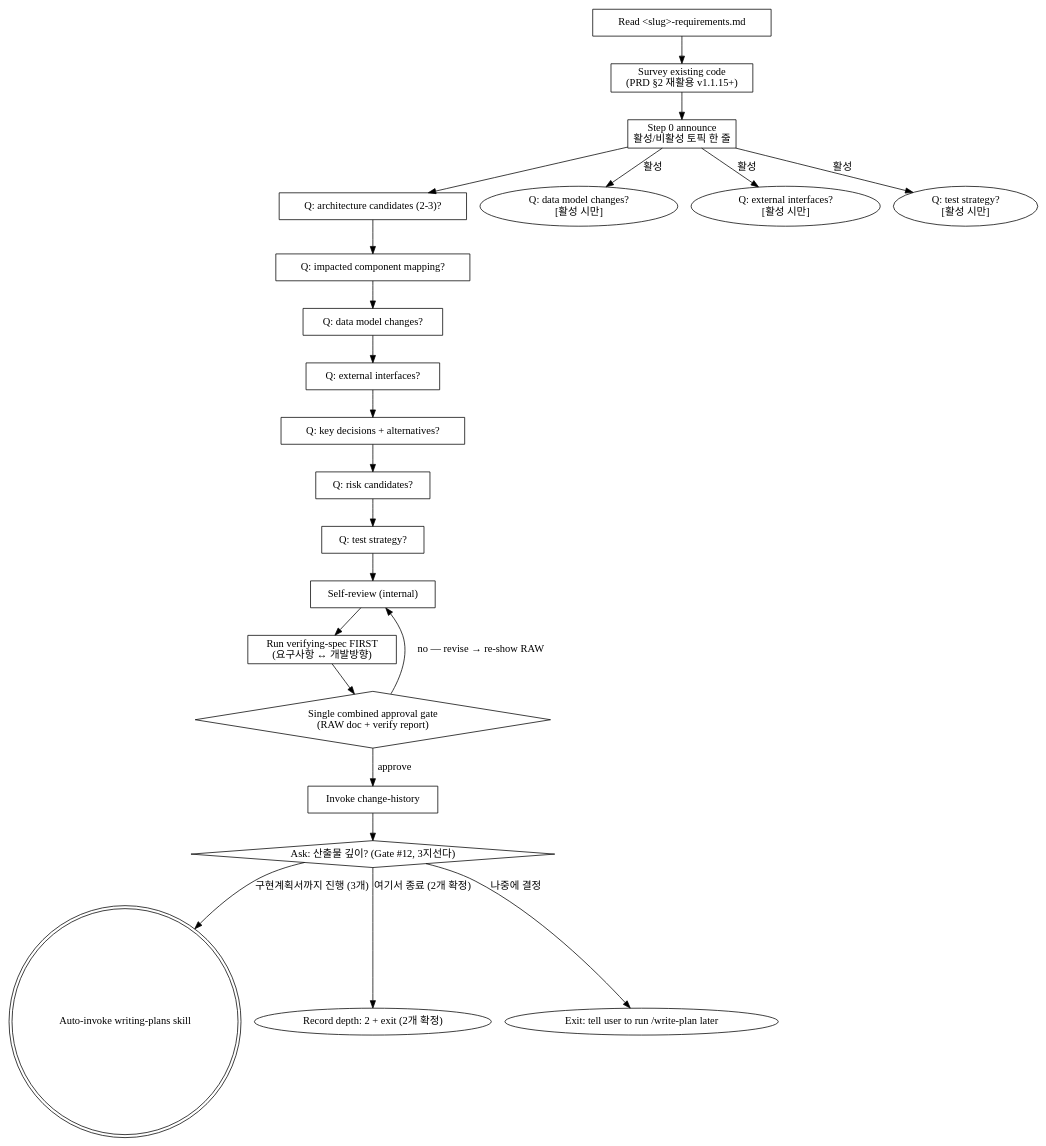
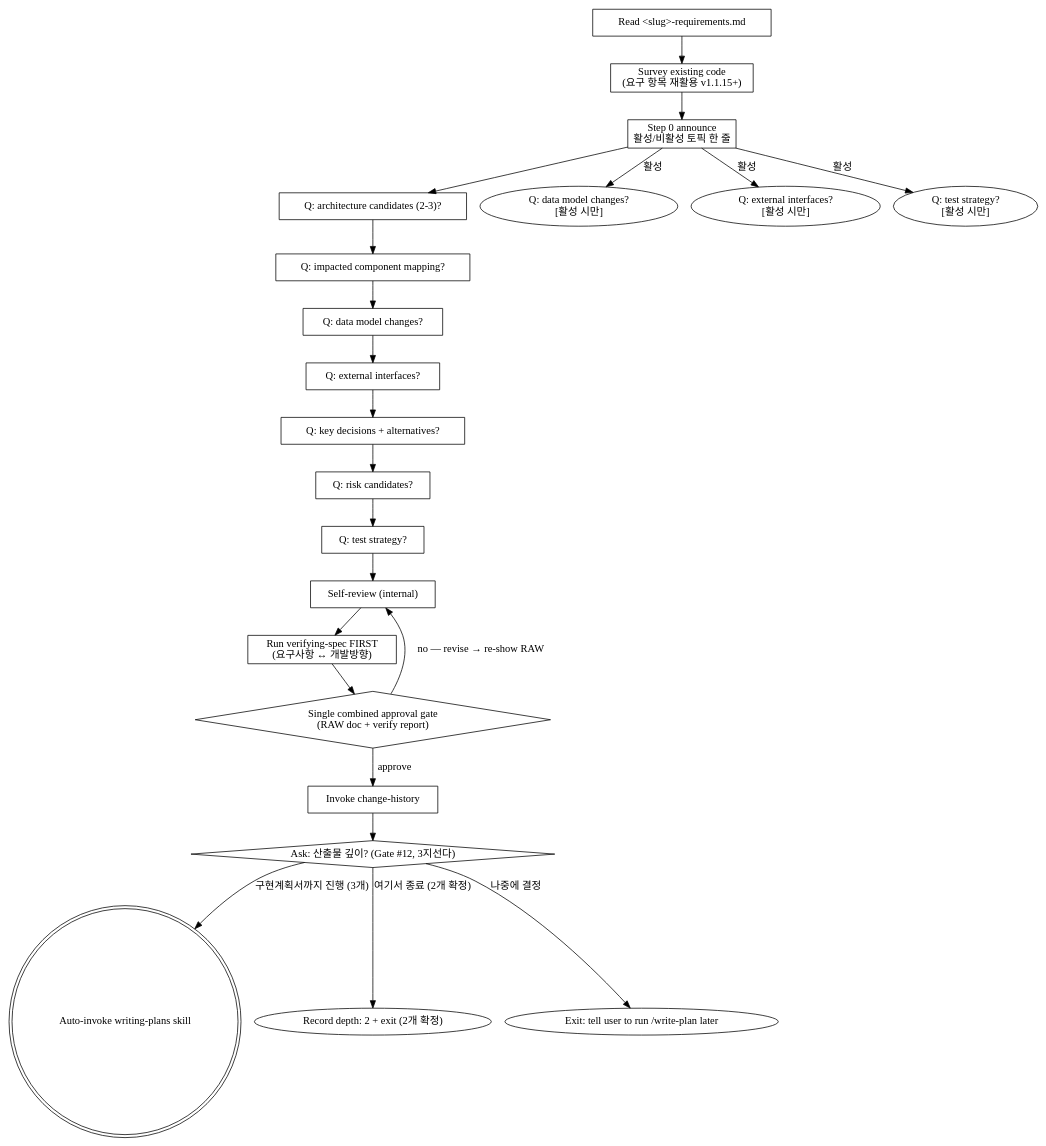
One commit to LonerStayle/js-super changed the diagram in skills/tech-design/SKILL.md. Above: the diagram before and after it, drawn with Graphviz. The commit also changed other lines of this file, not shown here.

````diff
--- a/skills/tech-design/SKILL.md
+++ b/skills/tech-design/SKILL.md
@@ -105,44 +105,44 @@
 ```dot
 digraph design_flow {
     "Read <slug>-requirements.md" [shape=box];
-    "Survey existing code\n(PRD §2 재활용 v1.1.15+)" [shape=box];
+    "Survey existing code\n(요구 항목 재활용 v1.1.15+)" [shape=box];
     "Step 0 announce\n활성/비활성 토픽 한 줄" [shape=box];
     "Q: architecture candidates (2-3)?" [shape=box];
     "Q: impacted component mapping?" [shape=box];
     "Q: data model changes?" [shape=box];
     "Q: external interfaces?" [shape=box];
     "Q: key decisions + alternatives?" [shape=box];
     "Q: risk candidates?" [shape=box];
     "Q: test strategy?" [shape=box];
     "Self-review (internal)" [shape=box];
     "Run verifying-spec FIRST\n(요구사항 ↔ 개발방향)" [shape=box];
     "Single combined approval gate\n(RAW doc + verify report)" [shape=diamond];
     "Invoke change-history" [shape=box];
     "Ask: 산출물 깊이? (Gate #12, 3지선다)" [shape=diamond];
     "Auto-invoke writing-plans skill" [shape=doublecircle];
     "Record depth: 2 + exit (2개 확정)" [shape=oval];
     "Exit: tell user to run /write-plan later" [shape=oval];
 
-    "Read <slug>-requirements.md" -> "Survey existing code\n(PRD §2 재활용 v1.1.15+)";
-    "Survey existing code\n(PRD §2 재활용 v1.1.15+)" -> "Step 0 announce\n활성/비활성 토픽 한 줄";
+    "Read <slug>-requirements.md" -> "Survey existing code\n(요구 항목 재활용 v1.1.15+)";
+    "Survey existing code\n(요구 항목 재활용 v1.1.15+)" -> "Step 0 announce\n활성/비활성 토픽 한 줄";
     "Step 0 announce\n활성/비활성 토픽 한 줄" -> "Q: architecture candidates (2-3)?";
     "Step 0 announce\n활성/비활성 토픽 한 줄" -> "Q: data model changes?\n[활성 시만]" [label="활성"];
     "Step 0 announce\n활성/비활성 토픽 한 줄" -> "Q: external interfaces?\n[활성 시만]" [label="활성"];
     "Step 0 announce\n활성/비활성 토픽 한 줄" -> "Q: test strategy?\n[활성 시만]" [label="활성"];
     "Q: architecture candidates (2-3)?" -> "Q: impacted component mapping?";
     "Q: impacted component mapping?" -> "Q: data model changes?";
     "Q: data model changes?" -> "Q: external interfaces?";
     "Q: external interfaces?" -> "Q: key decisions + alternatives?";
     "Q: key decisions + alternatives?" -> "Q: risk candidates?";
     "Q: risk candidates?" -> "Q: test strategy?";
     "Q: test strategy?" -> "Self-review (internal)";
     "Self-review (internal)" -> "Run verifying-spec FIRST\n(요구사항 ↔ 개발방향)";
     "Run verifying-spec FIRST\n(요구사항 ↔ 개발방향)" -> "Single combined approval gate\n(RAW doc + verify report)";
     "Single combined approval gate\n(RAW doc + verify report)" -> "Self-review (internal)" [label="no — revise → re-show RAW"];
     "Single combined approval gate\n(RAW doc + verify report)" -> "Invoke change-history" [label="approve"];
     "Invoke change-history" -> "Ask: 산출물 깊이? (Gate #12, 3지선다)";
     "Ask: 산출물 깊이? (Gate #12, 3지선다)" -> "Auto-invoke writing-plans skill" [label="구현계획서까지 진행 (3개)"];
     "Ask: 산출물 깊이? (Gate #12, 3지선다)" -> "Record depth: 2 + exit (2개 확정)" [label="여기서 종료 (2개 확정)"];
     "Ask: 산출물 깊이? (Gate #12, 3지선다)" -> "Exit: tell user to run /write-plan later" [label="나중에 결정"];
 }
 ```
````
